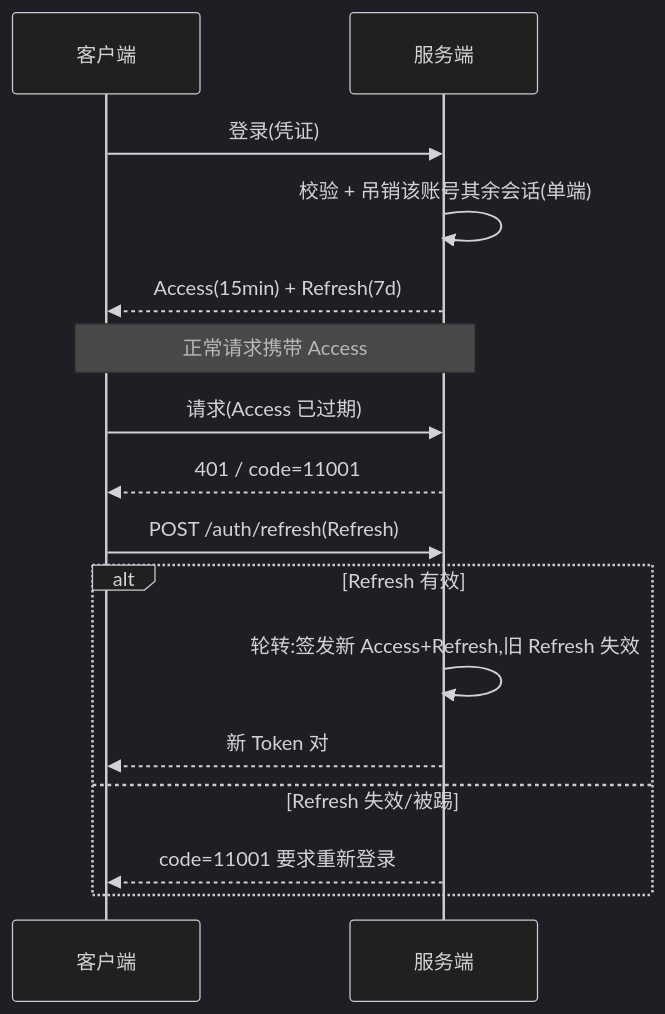
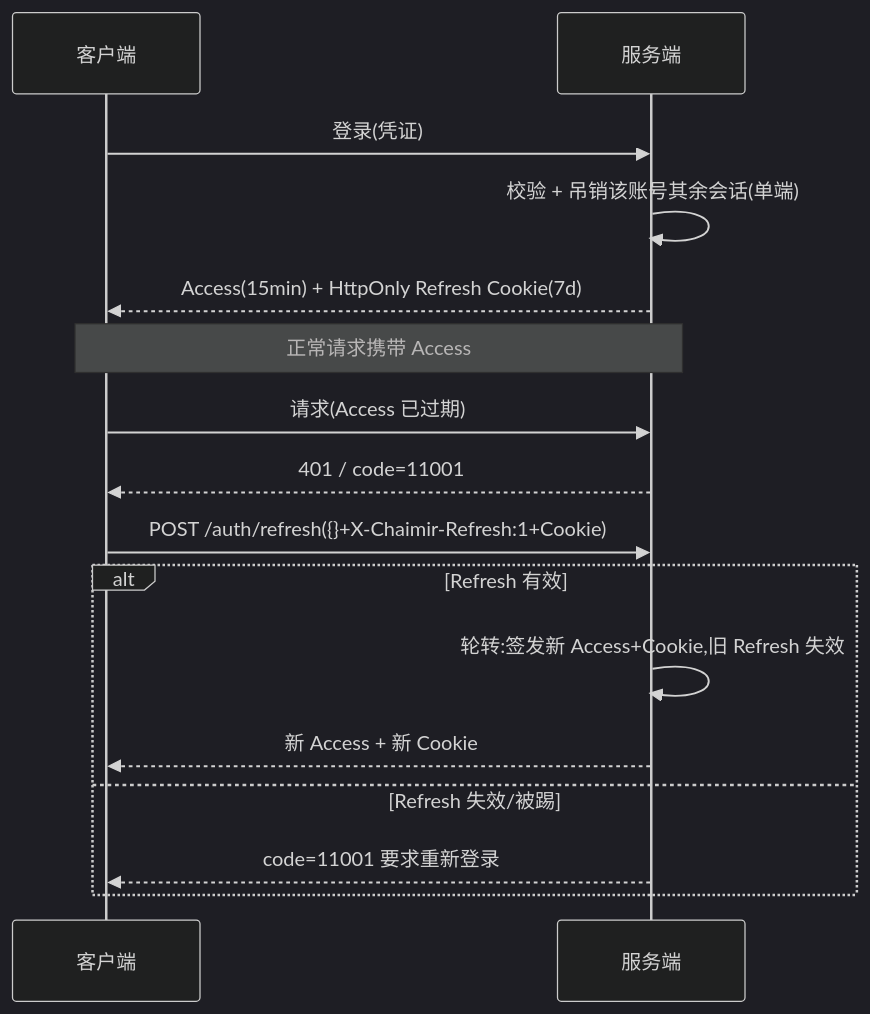
Before and after one commit to menghuishisan/CHAIMIR: the fourth of 7 diagrams in docs/01-身份与租户/05-业务流程与状态机.md, drawn with Mermaid (dark theme). The commit also changed 17 other files, not shown here.

````diff
--- a/docs/01-身份与租户/05-业务流程与状态机.md
+++ b/docs/01-身份与租户/05-业务流程与状态机.md
@@ -89,18 +89,18 @@
 ```mermaid
 sequenceDiagram
     participant C as 客户端
     participant S as 服务端
     C->>S: 登录(凭证)
     S->>S: 校验 + 吊销该账号其余会话(单端)
-    S-->>C: Access(15min) + Refresh(7d)
+    S-->>C: Access(15min) + HttpOnly Refresh Cookie(7d)
     Note over C,S: 正常请求携带 Access
     C->>S: 请求(Access 已过期)
     S-->>C: 401 / code=11001
-    C->>S: POST /auth/refresh(Refresh)
+    C->>S: POST /auth/refresh({}+X-Chaimir-Refresh:1+Cookie)
     alt Refresh 有效
-        S->>S: 轮转:签发新 Access+Refresh,旧 Refresh 失效
-        S-->>C: 新 Token 对
+        S->>S: 轮转:签发新 Access+Cookie,旧 Refresh 失效
+        S-->>C: 新 Access + 新 Cookie
     else Refresh 失效/被踢
         S-->>C: code=11001 要求重新登录
     end
 ```
````
